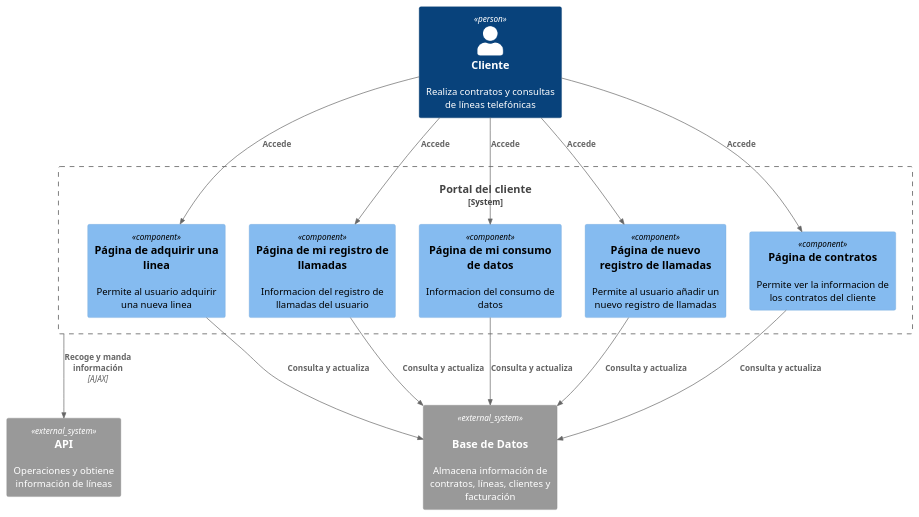
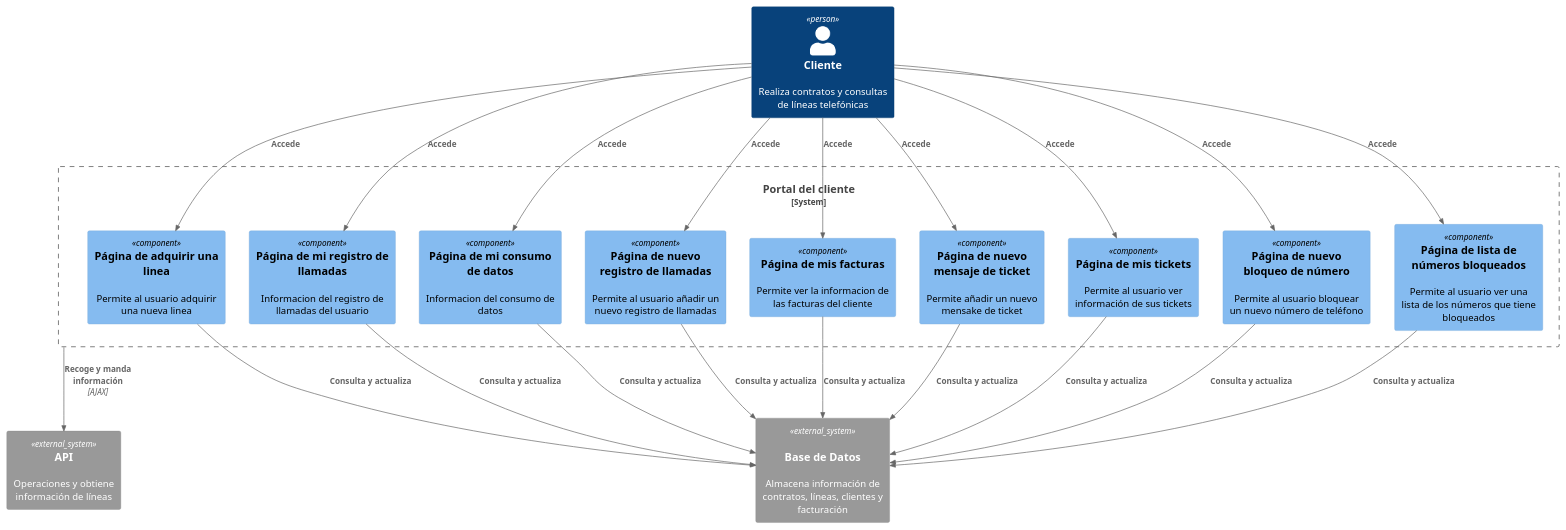
Before and after one commit to davidbp10/iw2023-2024-MovilUCA: the diagram in docs/diagrams/PClienteComponentDiagram.puml, drawn with PlantUML. The commit also changed 9 other files, not shown here.

```diff
--- a/docs/diagrams/PClienteComponentDiagram.puml
+++ b/docs/diagrams/PClienteComponentDiagram.puml
@@ -1,34 +1,45 @@
 @startuml PClienteComponentDiagram
 !include https://raw.githubusercontent.com/plantuml-stdlib/C4-PlantUML/master/C4_Component.puml
 
 Person(cliente, "Cliente", "Realiza contratos y consultas de líneas telefónicas")
 
 System_Boundary(pcliente, "Portal del cliente", , "Los clientes pueden adquirir lineas y consultar datos") {
 
     Component( pi, "Página de adquirir una linea", , "Permite al usuario adquirir una nueva linea")
     Component( prll, "Página de mi registro de llamadas", , "Informacion del registro de llamadas del usuario")
     Component( pcd, "Página de mi consumo de datos", , "Informacion del consumo de datos")
     Component( pnrll, "Página de nuevo registro de llamadas", , "Permite al usuario añadir un nuevo registro de llamadas")
-    Component( pc, "Página de contratos", , "Permite ver la informacion de los contratos del cliente")
+    Component( pf, "Página de mis facturas", , "Permite ver la informacion de las facturas del cliente")
+    Component( pt, "Página de nuevo mensaje de ticket", , "Permite añadir un nuevo mensake de ticket")
+    Component( pmt, "Página de mis tickets", , "Permite al usuario ver información de sus tickets")
+    Component( pnb, "Página de nuevo bloqueo de número", , "Permite al usuario bloquear un nuevo número de teléfono")
+    Component( plb, "Página de lista de números bloqueados", , "Permite al usuario ver una lista de los números que tiene bloqueados")
 }
 
 System_Ext(bd, "Base de Datos","Almacena información de contratos, líneas, clientes y facturación", "MySQL")
 System_Ext(api, "API", "Operaciones y obtiene información de líneas")
 
 
 Rel(cliente,pi,"Accede")
 Rel(cliente,prll,"Accede")
 Rel(cliente,pcd,"Accede")
 Rel(cliente,pnrll,"Accede")
-Rel(cliente,pc,"Accede")
+Rel(cliente,pf,"Accede")
+Rel(cliente,pt,"Accede")
+Rel(cliente,pmt,"Accede")
+Rel(cliente,pnb,"Accede")
+Rel(cliente,plb,"Accede")
 
 Rel(pcliente,api,"Recoge y manda información","AJAX")
 
 Rel(pi, bd, "Consulta y actualiza")
 Rel(prll, bd, "Consulta y actualiza")
 Rel(pcd, bd, "Consulta y actualiza")
 Rel(pnrll, bd, "Consulta y actualiza")
-Rel(pc, bd, "Consulta y actualiza")
-
+Rel(pf, bd, "Consulta y actualiza")
+Rel(pt, bd, "Consulta y actualiza")
+Rel(pmt, bd, "Consulta y actualiza")
+Rel(pnb, bd, "Consulta y actualiza")
+Rel(plb, bd, "Consulta y actualiza")
 
 @enduml
```
